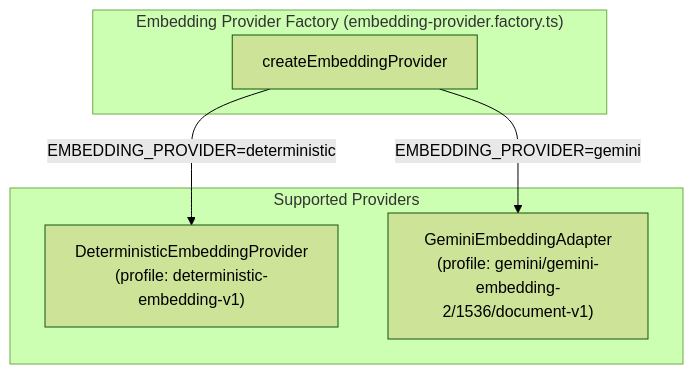
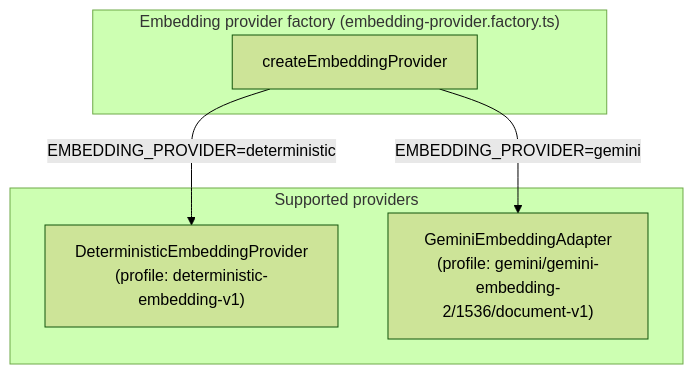
Before and after one commit to MahmoudAhmed184/Morshid: the second of 3 diagrams in docs/developer-guide/10-ai-platform-and-embeddings.md, drawn with Mermaid (forest theme). The commit also changed other lines of this file and 19 other files, not shown here.

````diff
--- a/docs/developer-guide/10-ai-platform-and-embeddings.md
+++ b/docs/developer-guide/10-ai-platform-and-embeddings.md
@@ -41,14 +42,14 @@
 ```mermaid
 graph TD
-    subgraph Factory["Embedding Provider Factory (embedding-provider.factory.ts)"]
+    subgraph Factory["Embedding provider factory (embedding-provider.factory.ts)"]
         F[createEmbeddingProvider]
     end
 
-    subgraph Providers["Supported Providers"]
+    subgraph Providers["Supported providers"]
         P1["DeterministicEmbeddingProvider<br/>(profile: deterministic-embedding-v1)"]
         P2["GeminiEmbeddingAdapter<br/>(profile: gemini/gemini-embedding-2/1536/document-v1)"]
     end
 
     F -->|EMBEDDING_PROVIDER=deterministic| P1
     F -->|EMBEDDING_PROVIDER=gemini| P2
 ```
````
